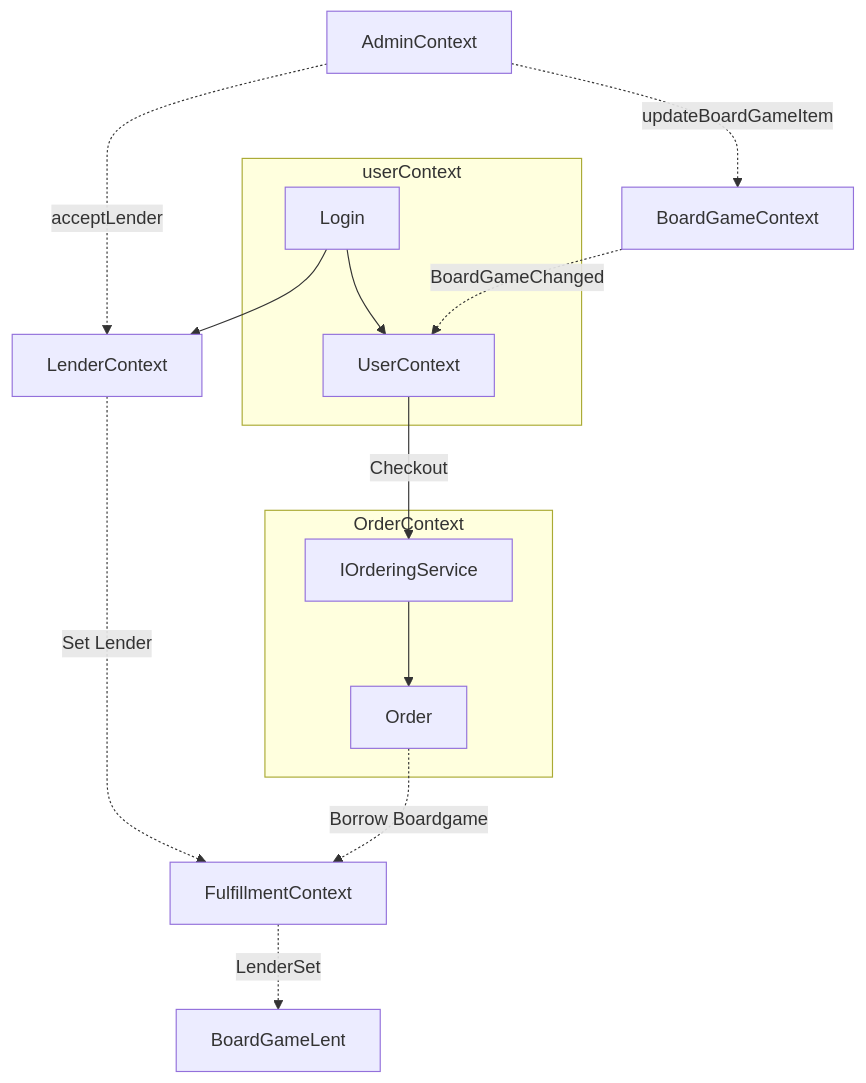
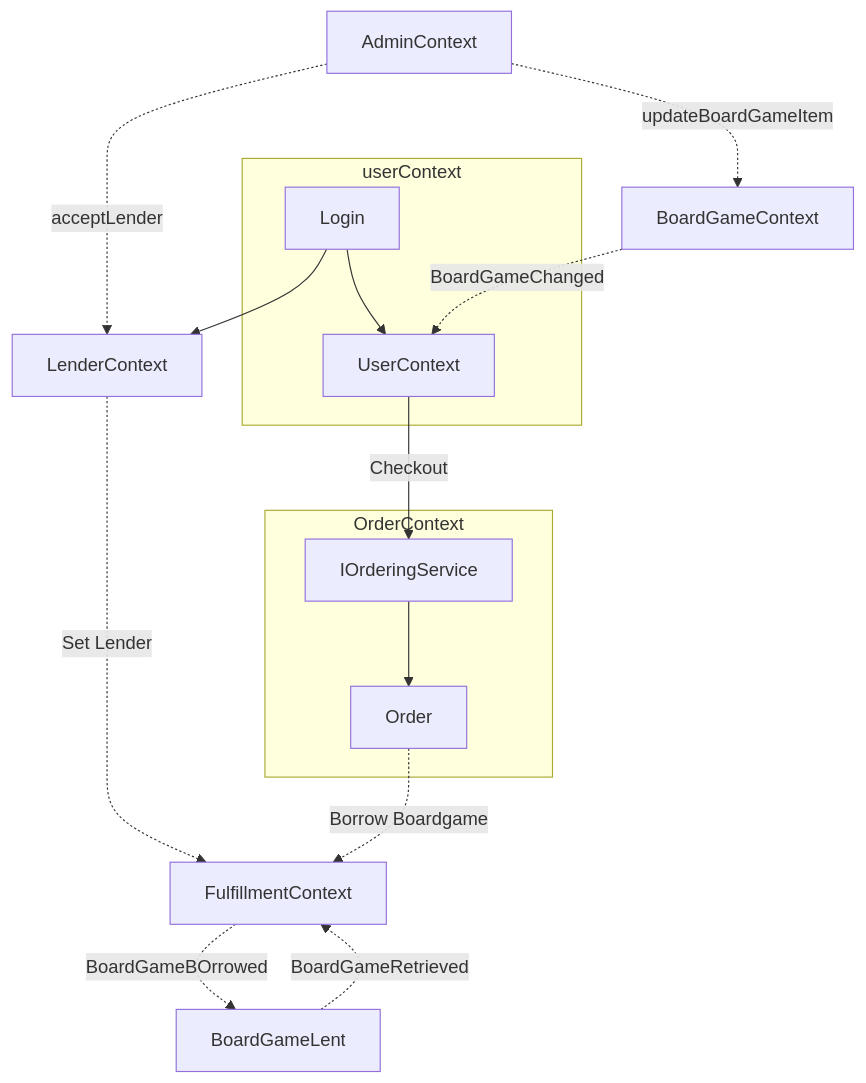
The diagram in Utlån_Konvensjonell/Utlånssystem_Konvensjonell/Design.md (Mancorl/Datbac-Prosjekt), drawn with Mermaid before and after one commit.

Commit message:
FLowchart ferdig?

````diff
--- a/Utlån_Konvensjonell/Utlånssystem_Konvensjonell/Design.md
+++ b/Utlån_Konvensjonell/Utlånssystem_Konvensjonell/Design.md
@@ -3,28 +3,30 @@
 ```mermaid
 flowchart TB
  subgraph OrderContext["OrderContext"]
         Order["Order"]
         IOrderingService["IOrderingService"]
   end
   subgraph userContext
     login[Login] 
     login --> user[UserContext] 
   end
     
     login --> Lender[LenderContext]  
 
     admin[AdminContext] -. updateBoardGameItem .-> BoardGameContext
     admin -. acceptLender .-> Lender
 
     BoardGameContext["BoardGameContext"] -. BoardGameChanged .-> user
     user -- Checkout --> IOrderingService
     IOrderingService --> Order
 
     Lender -. Set Lender .-> FulfillmentContext
 
-    FulfillmentContext -. LenderSet .-> BoardGameLent
+    FulfillmentContext -. BoardGameBOrrowed .-> BoardGameLent
+    BoardGameLent -. BoardGameRetrieved .-> FulfillmentContext
+
     Order -. Borrow Boardgame .-> FulfillmentContext
 
     
 
 ```
````
